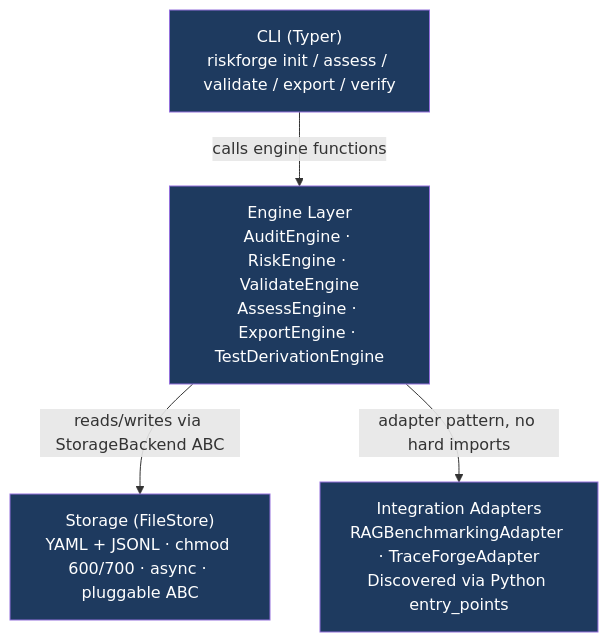
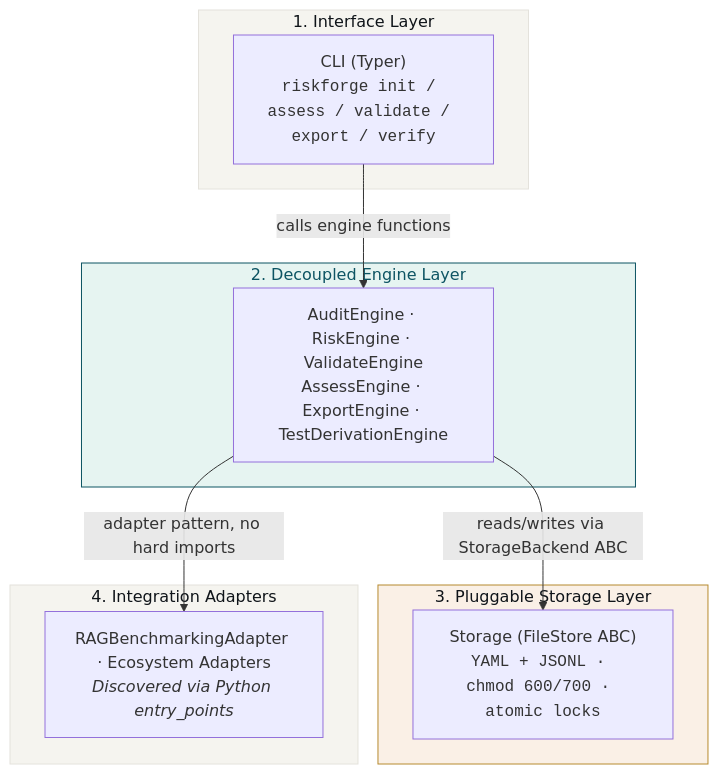
The first of 3 diagrams in README.md (aiexponent/riskforge), drawn with Mermaid before and after one commit. The commit also changed other lines of this file, not shown here.

````diff
--- a/README.md
+++ b/README.md
@@ -112,16 +129,27 @@
 ```mermaid
-graph TD
-    CLI["CLI (Typer)<br/>riskforge init / assess / validate / export / verify"]
-    Engine["Engine Layer<br/>AuditEngine · RiskEngine · ValidateEngine<br/>AssessEngine · ExportEngine · TestDerivationEngine"]
-    Storage["Storage (FileStore)<br/>YAML + JSONL · chmod 600/700 · async · pluggable ABC"]
-    Adapters["Integration Adapters<br/>RAGBenchmarkingAdapter · TraceForgeAdapter<br/>Discovered via Python entry_points"]
+graph TB
+    subgraph UI ["1. Interface Layer"]
+        CLI["CLI (Typer)<br/><code>riskforge init / assess / validate / export / verify</code>"]
+    end
 
-    CLI -->|"calls engine functions"| Engine
-    Engine -->|"reads/writes via StorageBackend ABC"| Storage
-    Engine -->|"adapter pattern, no hard imports"| Adapters
+    subgraph Core ["2. Decoupled Engine Layer"]
+        ENG["AuditEngine · RiskEngine · ValidateEngine<br/>AssessEngine · ExportEngine · TestDerivationEngine"]
+    end
 
-    style CLI fill:#1e3a5f,color:#fff
-    style Engine fill:#1e3a5f,color:#fff
-    style Storage fill:#1e3a5f,color:#fff
-    style Adapters fill:#1e3a5f,color:#fff
+    subgraph Persistence ["3. Pluggable Storage Layer"]
+        STORE["Storage (FileStore ABC)<br/><code>YAML + JSONL · chmod 600/700 · atomic locks</code>"]
+    end
+
+    subgraph Extensibility ["4. Integration Adapters"]
+        ADAPT["RAGBenchmarkingAdapter · Ecosystem Adapters<br/><em>Discovered via Python entry_points</em>"]
+    end
+
+    CLI -->|"calls engine functions"| ENG
+    ENG -->|"reads/writes via StorageBackend ABC"| STORE
+    ENG -->|"adapter pattern, no hard imports"| ADAPT
+
+    style UI fill:#F5F4EF,stroke:#E4E2DC,color:#0F1419
+    style Core fill:#E6F4F1,stroke:#0D5463,color:#0D5463
+    style Persistence fill:#FAF0E6,stroke:#B68A2E,color:#0F1419
+    style Extensibility fill:#F5F4EF,stroke:#E4E2DC,color:#0F1419
 ```
````
